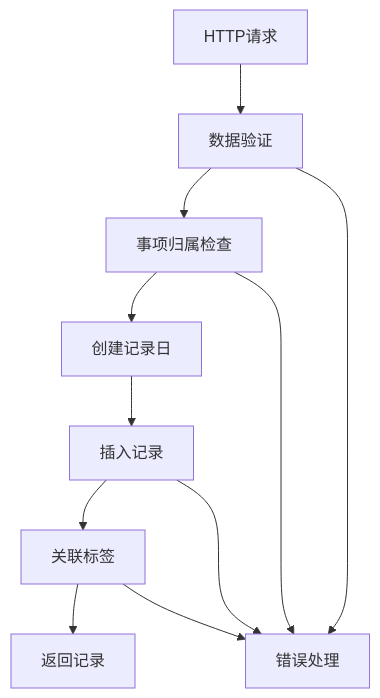
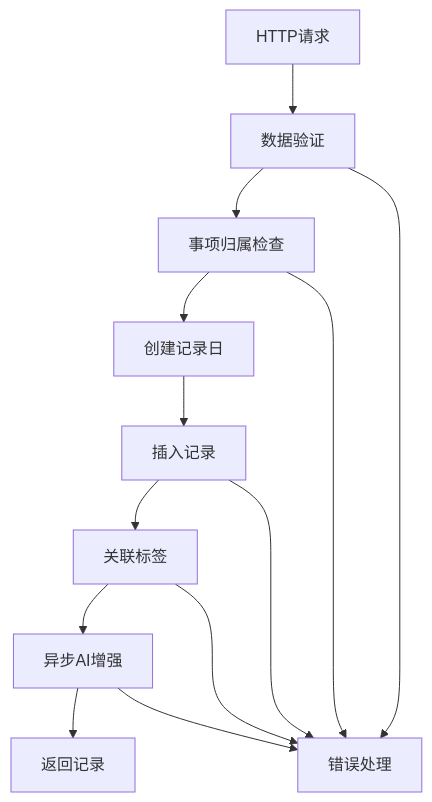
Before and after one commit to bbong1234/TETO: the fifth of 7 diagrams in .qoder/repowiki/zh/content/核心功能模块/记录管理系统/记录录入功能.md, drawn with Mermaid. The commit also changed other lines of this file and 134 other files, not shown here.

````diff
--- a/.qoder/repowiki/zh/content/核心功能模块/记录管理系统/记录录入功能.md
+++ b/.qoder/repowiki/zh/content/核心功能模块/记录管理系统/记录录入功能.md
@@ -252,13 +298,15 @@
 ```mermaid
 flowchart TD
 Request[HTTP请求] --> Validation[数据验证]
 Validation --> ItemCheck[事项归属检查]
 ItemCheck --> CreateDay[创建记录日]
 CreateDay --> InsertRecord[插入记录]
 InsertRecord --> AttachTags[关联标签]
-AttachTags --> ReturnRecord[返回记录]
+AttachTags --> AsyncEnhance[异步AI增强]
+AsyncEnhance --> ReturnRecord[返回记录]
 Validation --> Error[错误处理]
 ItemCheck --> Error
 InsertRecord --> Error
 AttachTags --> Error
+AsyncEnhance --> Error
 ```
````
